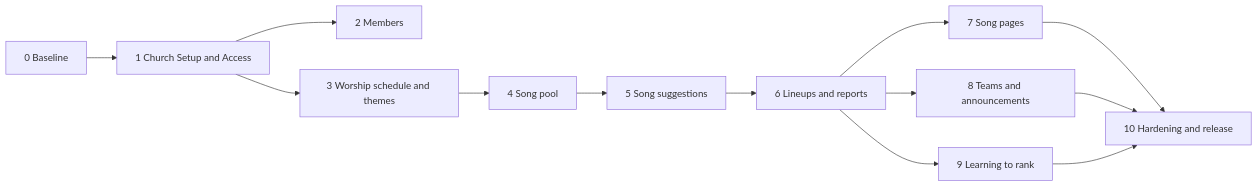
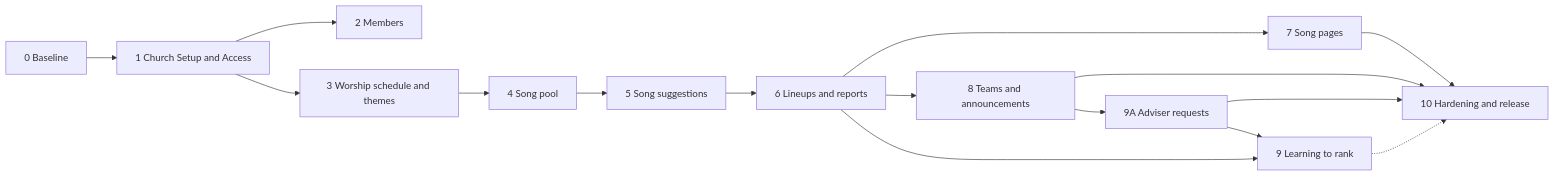
The diagram in docs/CHORD-Vault/04-Development/Development-Plan.md (Jeoff1/CHORD-NewVer), drawn with Mermaid before and after one commit. The commit also changed other lines of this file and 11 other files, not shown here.

````diff
--- a/docs/CHORD-Vault/04-Development/Development-Plan.md
+++ b/docs/CHORD-Vault/04-Development/Development-Plan.md
@@ -16,14 +16,17 @@
 ```mermaid
 flowchart LR
   P0[0 Baseline] --> P1[1 Church Setup and Access] --> P2[2 Members]
   P1 --> P3[3 Worship schedule and themes]
   P3 --> P4[4 Song pool]
   P4 --> P5[5 Song suggestions]
   P5 --> P6[6 Lineups and reports]
   P6 --> P7[7 Song pages]
   P6 --> P8[8 Teams and announcements]
-  P6 --> P9[9 Learning to rank]
+  P8 --> P9A[9A Adviser requests]
+  P9A --> P9[9 Learning to rank]
+  P6 --> P9
   P7 --> P10[10 Hardening and release]
   P8 --> P10
-  P9 --> P10
+  P9A --> P10
+  P9 -.-> P10
 ```
````
